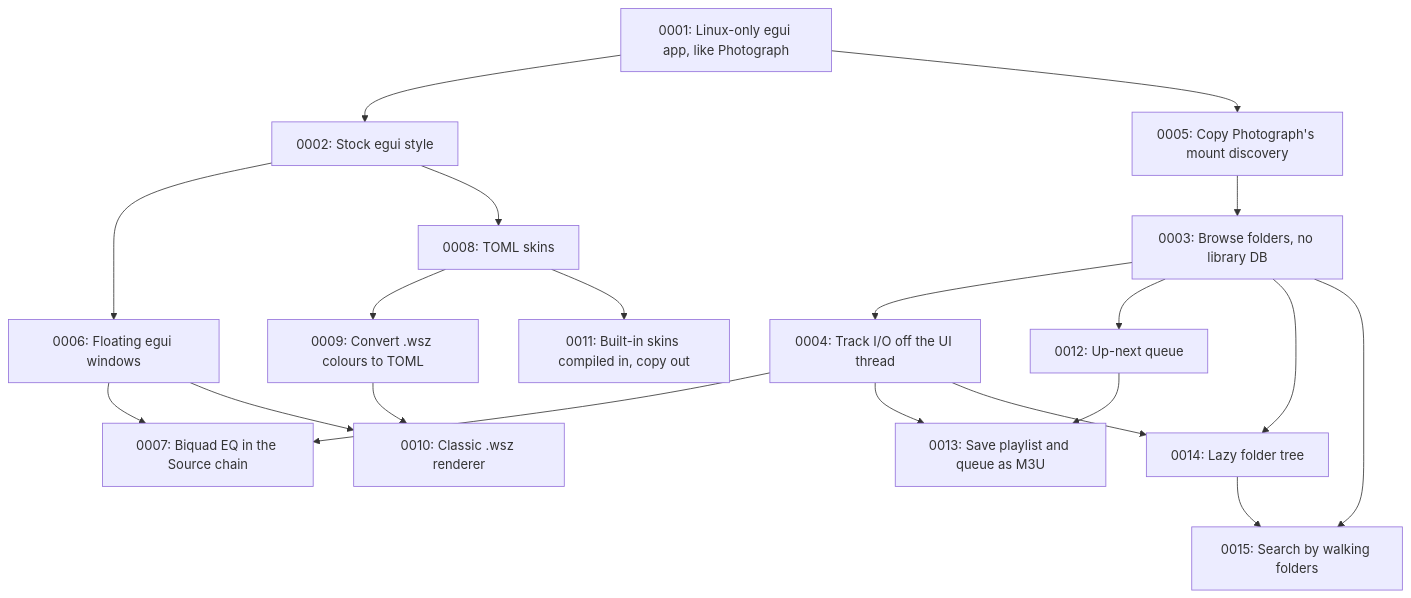
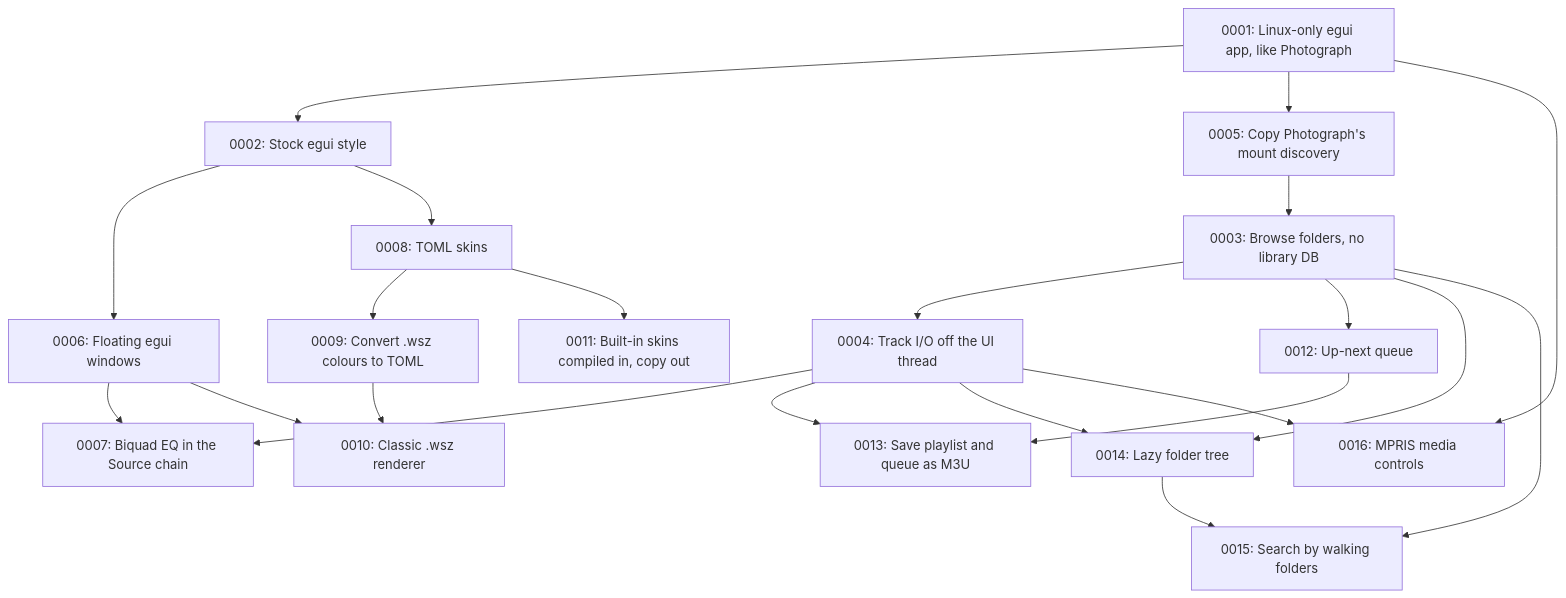
The diagram in docs/adr/README.md (divanvisagie/UnAmp), drawn with Mermaid before and after one commit. The commit also changed other lines of this file and 9 other files, not shown here.

````diff
--- a/docs/adr/README.md
+++ b/docs/adr/README.md
@@ -61,22 +62,24 @@
 ```mermaid
 flowchart TD
     A[0001: Linux-only egui app, like Photograph] --> B[0002: Stock egui style]
     A --> E[0005: Copy Photograph's mount discovery]
     C[0003: Browse folders, no library DB] --> D[0004: Track I/O off the UI thread]
     E --> C
     B --> F[0006: Floating egui windows]
     D --> G[0007: Biquad EQ in the Source chain]
     F --> G
     B --> H[0008: TOML skins]
     H --> I[0009: Convert .wsz colours to TOML]
     I --> J[0010: Classic .wsz renderer]
     F --> J
     H --> K[0011: Built-in skins compiled in, copy out]
     C --> L[0012: Up-next queue]
     L --> M[0013: Save playlist and queue as M3U]
     D --> M
     C --> N[0014: Lazy folder tree]
     D --> N
     C --> O[0015: Search by walking folders]
     N --> O
+    A --> P[0016: MPRIS media controls]
+    D --> P
 ```
````
